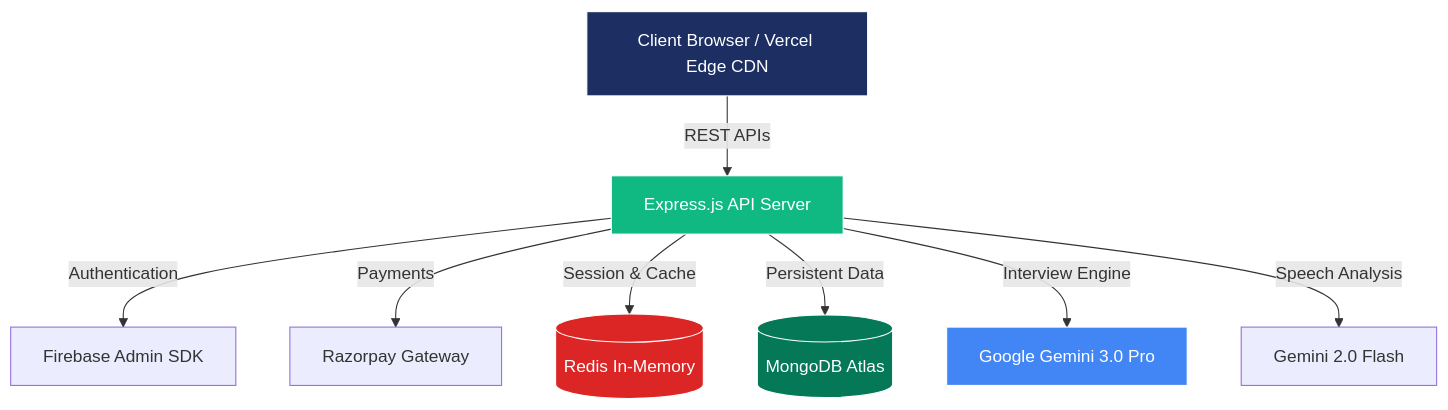
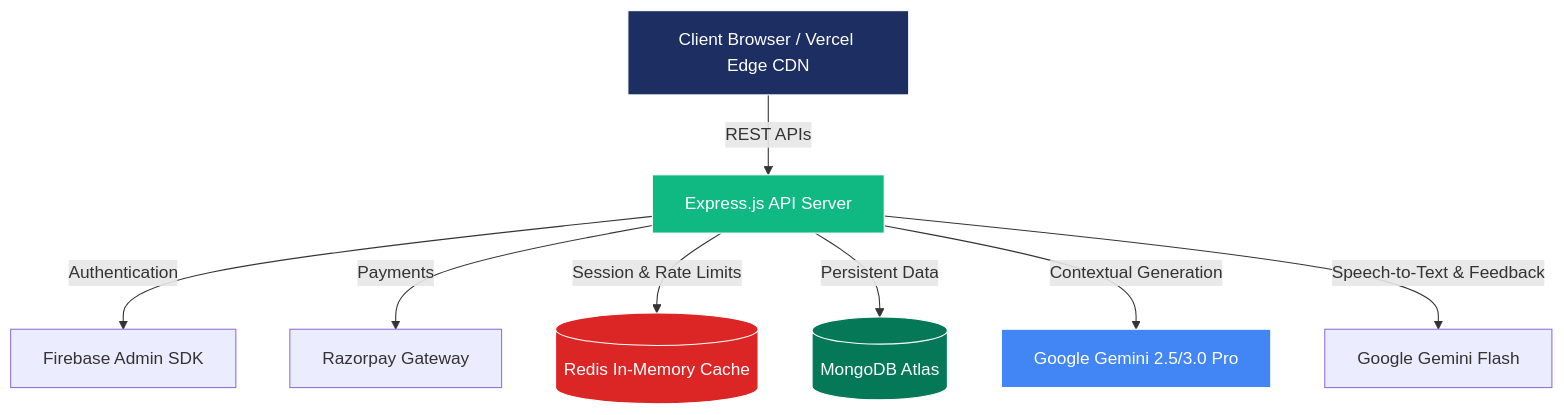
The diagram in README.md (IamGaurav001/ai-interview-platform), drawn with Mermaid before and after one commit. The commit also changed other lines of this file, not shown here.

````diff
--- a/README.md
+++ b/README.md
@@ -93,18 +80,18 @@
 ```mermaid
 graph TD
     Client[Client Browser / Vercel Edge CDN] --> |REST APIs| API[Express.js API Server]
     API --> |Authentication| Firebase[Firebase Admin SDK]
     API --> |Payments| Razorpay[Razorpay Gateway]
     
-    API --> |Session & Cache| Redis[(Redis In-Memory)]
+    API --> |Session & Rate Limits| Redis[(Redis In-Memory Cache)]
     API --> |Persistent Data| Mongo[(MongoDB Atlas)]
     
-    API --> |Interview Engine| Gemini[Google Gemini 3.0 Pro]
-    API --> |Speech Analysis| GeminiAudio[Gemini 2.0 Flash]
+    API --> |Contextual Generation| Gemini[Google Gemini 2.5/3.0 Pro]
+    API --> |Speech-to-Text & Feedback| GeminiAudio[Google Gemini Flash]
 
     style Client fill:#1d2f62,stroke:#fff,color:#fff
     style API fill:#10b981,stroke:#fff,color:#fff
     style Redis fill:#dc2626,stroke:#fff,color:#fff
     style Mongo fill:#047857,stroke:#fff,color:#fff
     style Gemini fill:#4285f4,stroke:#fff,color:#fff
 ```
````
